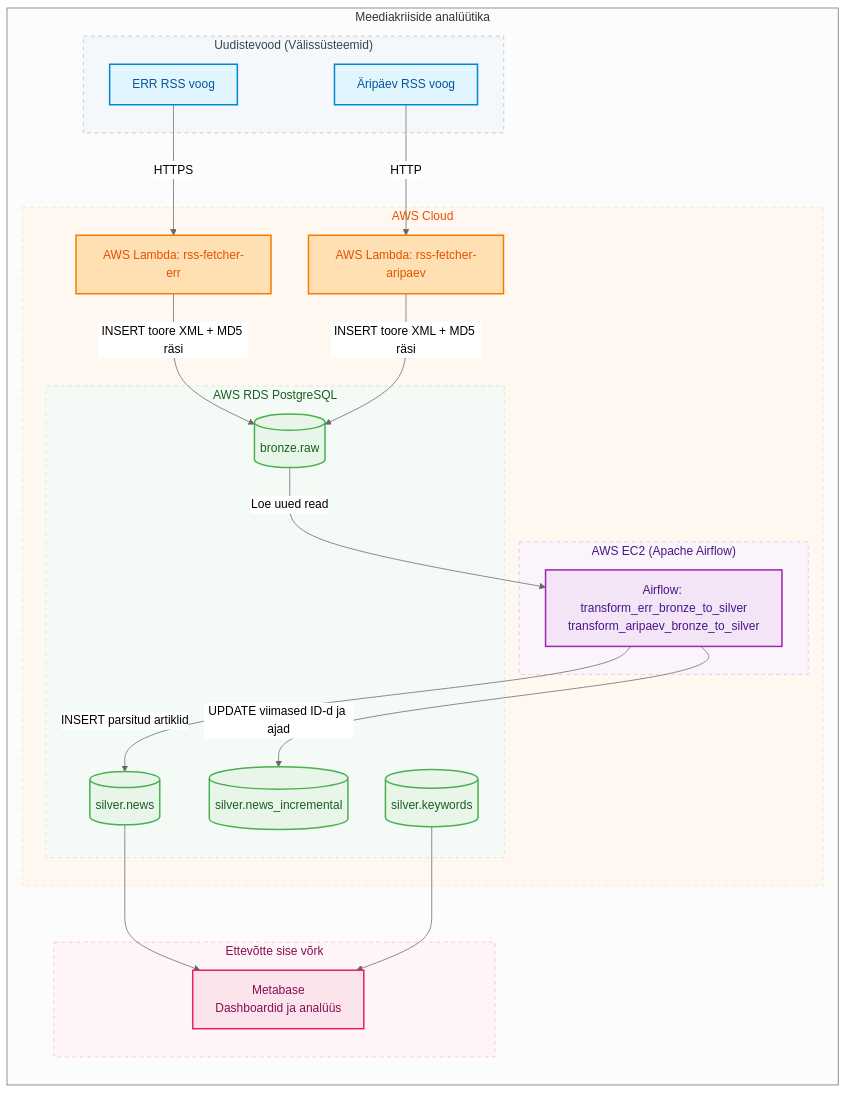
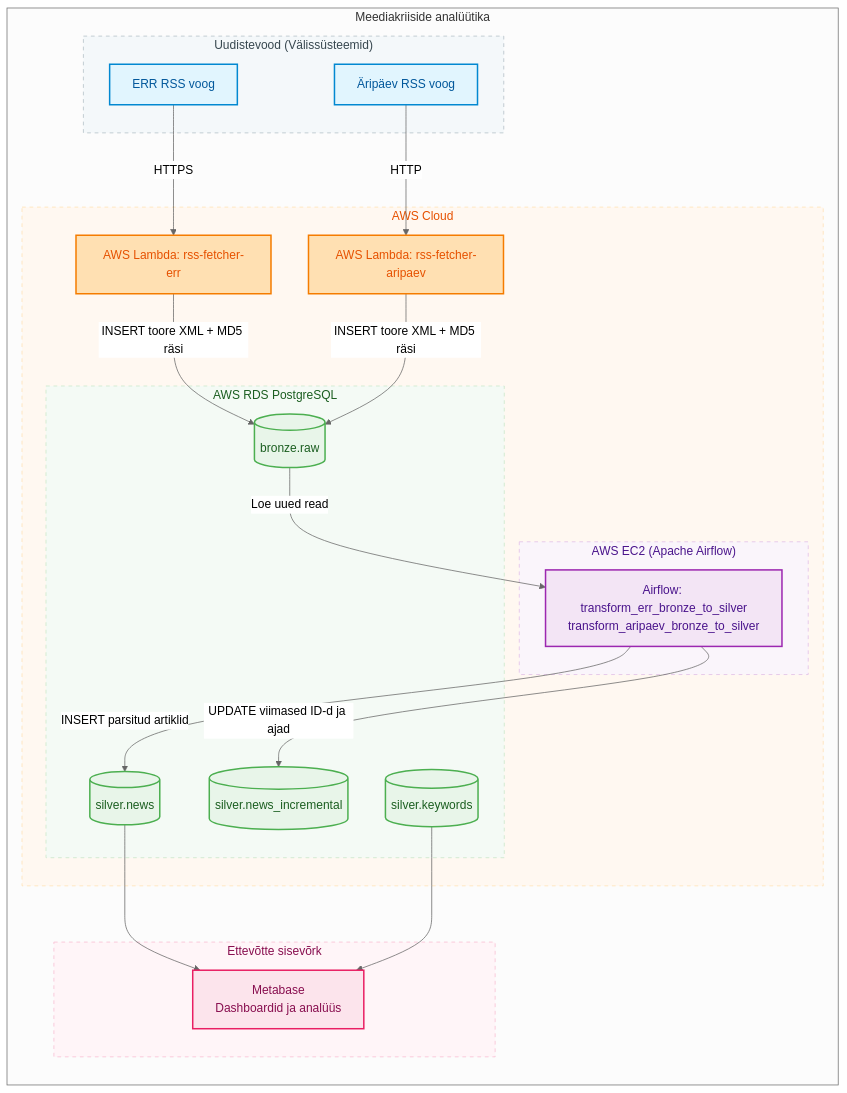
Before and after one commit to kaidokariste/ut-aik-grupitoo: the first of 2 diagrams in docs/arhitektuur.md, drawn with Mermaid. The commit also changed 1 other file, not shown here.

Commit message:
readme update

````diff
--- a/docs/arhitektuur.md
+++ b/docs/arhitektuur.md
@@ -22,60 +22,60 @@
 ```mermaid
 %%{init: {'theme': 'neutral'}}%%
 flowchart LR
     subgraph PROJECT["Meediakriiside analüütika"]
         subgraph ALLIKAD["Uudistevood (Välissüsteemid)"]
             RSS1["ERR RSS voog"]
             RSS2["Äripäev RSS voog"]
         end
 
         subgraph INGEST["AWS Cloud"]
             LAMBDA1["AWS Lambda: rss-fetcher-err"]
             LAMBDA2["AWS Lambda: rss-fetcher-aripaev"]
             subgraph TRANS["AWS EC2 (Apache Airflow)"]
                 AIRFLOW["Airflow: <br>transform_err_bronze_to_silver<br>transform_aripaev_bronze_to_silver"]
             end
                 subgraph STORAGE["AWS RDS PostgreSQL"]
             BRONZE[("bronze.raw")]
             SILVER_NEWS[("silver.news")]
             SILVER_INC[("silver.news_incremental")]
             KEYWORDS[("silver.keywords")]
             end
         end
 
-        subgraph VISUAL["Ettevõtte sise võrk"]
+        subgraph VISUAL["Ettevõtte sisevõrk"]
             METABASE["Metabase<br>Dashboardid ja analüüs"]
         end
     end
     RSS1 -->|HTTPS| LAMBDA1
     RSS2 -->|HTTP| LAMBDA2
     LAMBDA1 -->|INSERT toore XML + MD5 räsi| BRONZE
     LAMBDA2 -->|INSERT toore XML + MD5 räsi| BRONZE
 
     BRONZE -->|Loe uued read| AIRFLOW
     AIRFLOW -->|INSERT parsitud artiklid| SILVER_NEWS
     AIRFLOW -->|UPDATE viimased ID-d ja ajad| SILVER_INC
 
     SILVER_NEWS --> METABASE
     KEYWORDS --> METABASE
 
     %% Stiiliklassid ja teemad
     classDef allikas fill:#E1F5FE,stroke:#0288D1,stroke-width:2px,color:#01579B;
     classDef lambda fill:#FFE0B2,stroke:#F57C00,stroke-width:2px,color:#E65100;
     classDef andmed fill:#E8F5E9,stroke:#4CAF50,stroke-width:2px,color:#1B5E20;
     classDef airflow fill:#F3E5F5,stroke:#9C27B0,stroke-width:2px,color:#4A148C;
     classDef metabase fill:#FCE4EC,stroke:#E91E63,stroke-width:2px,color:#880E4F;
 
     %% Klasside omistamine elementidele
     class RSS1,RSS2 allikas;
     class LAMBDA1,LAMBDA2 lambda;
     class BRONZE,SILVER_NEWS,SILVER_INC,KEYWORDS andmed;
     class AIRFLOW airflow;
     class METABASE metabase;
     
     %% Subgraphide stiilid
     style ALLIKAD fill:#F4F8FA,stroke:#B0BEC5,stroke-width:1px,stroke-dasharray: 5 5,color:#37474F
     style INGEST fill:#FFF8F1,stroke:#FFE0B2,stroke-width:1px,stroke-dasharray: 5 5,color:#E65100
     style STORAGE fill:#F4FAF5,stroke:#C8E6C9,stroke-width:1px,stroke-dasharray: 5 5,color:#1B5E20
     style TRANS fill:#FAF5FB,stroke:#E1BEE7,stroke-width:1px,stroke-dasharray: 5 5,color:#4A148C
     style VISUAL fill:#FFF5F8,stroke:#F8BBD0,stroke-width:1px,stroke-dasharray: 5 5,color:#880E4F
 ```
````
